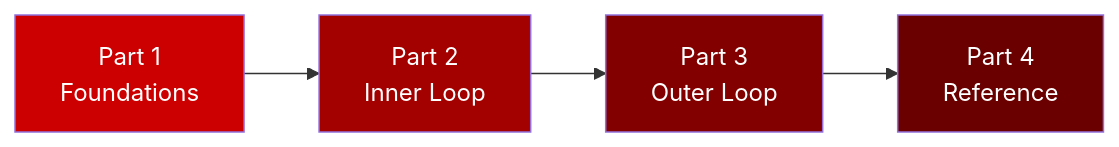
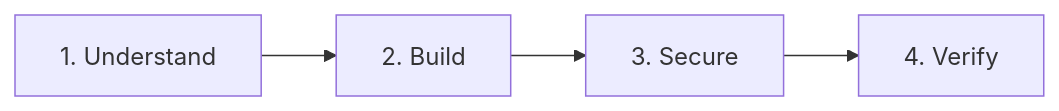
The diagram in docs/workshop/index.md (rrbanda/agent-sandbox-ocp), drawn with Mermaid before and after one commit. The commit also changed other lines of this file and 118 other files, not shown here.

````diff
--- a/docs/workshop/index.md
+++ b/docs/workshop/index.md
@@ -52,11 +57,6 @@
 ```mermaid
 flowchart LR
-    A["Part 1<br/>Foundations"] --> B["Part 2<br/>Inner Loop"]
-    B --> C["Part 3<br/>Outer Loop"]
-    C --> D["Part 4<br/>Reference"]
-    
-    style A fill:#CC0000,color:#FFFFFF
-    style B fill:#A30000,color:#FFFFFF
-    style C fill:#820000,color:#FFFFFF
-    style D fill:#6A0000,color:#FFFFFF
+    A["1. Understand"] --> B["2. Build"]
+    B --> C["3. Secure"]
+    C --> D["4. Verify"]
 ```
````
